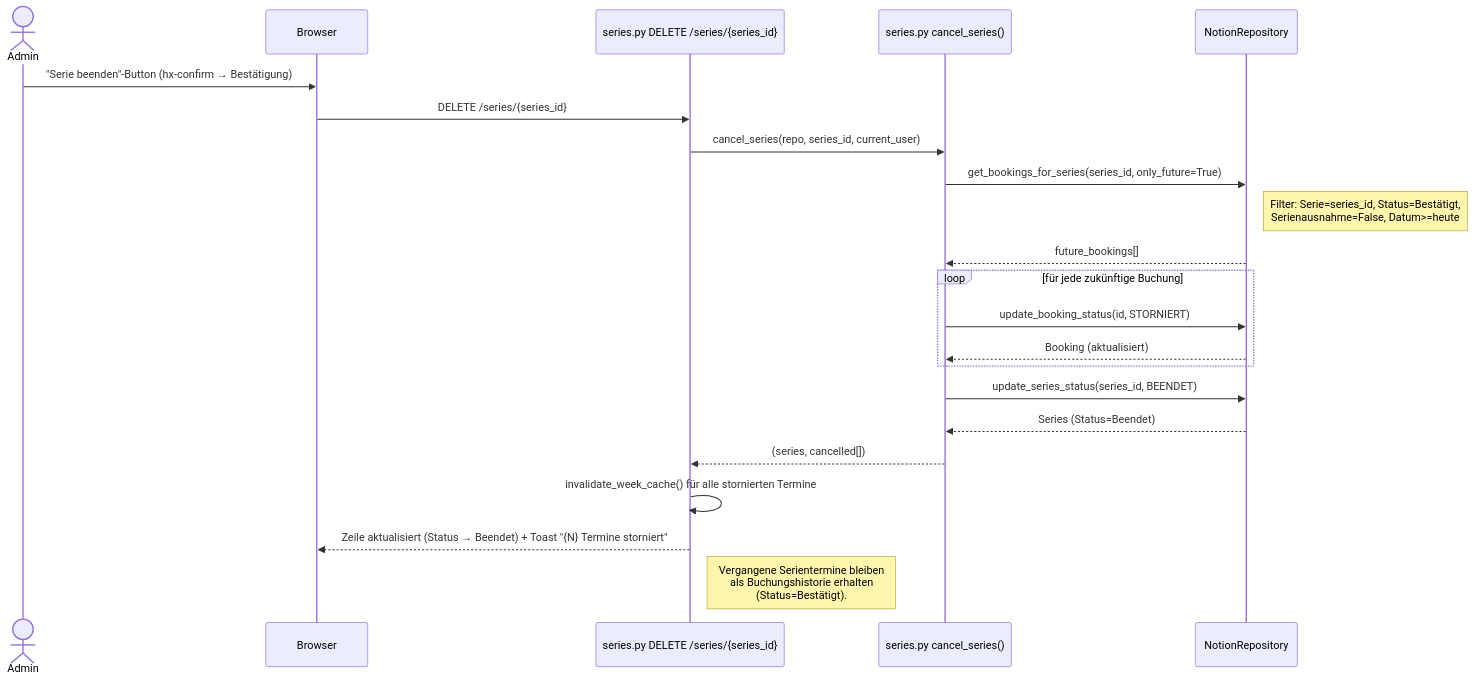
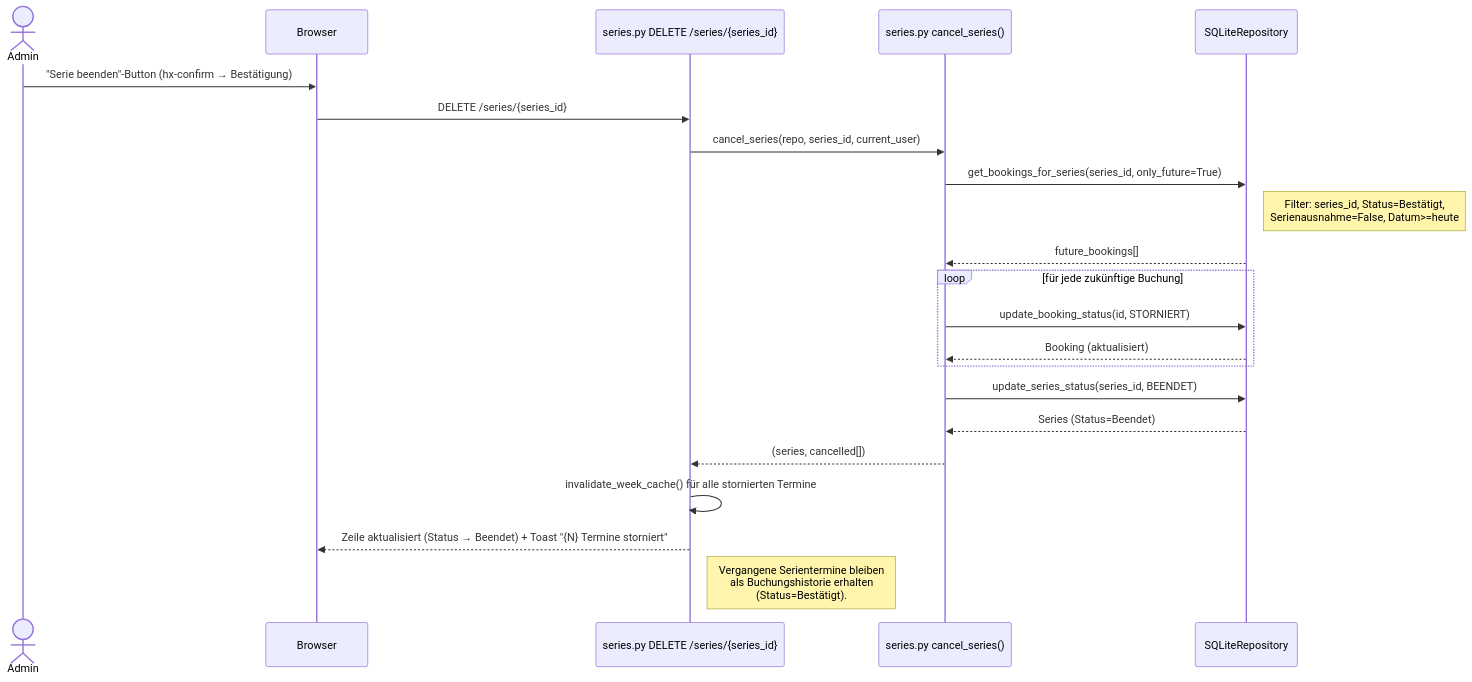
The ninth of 12 diagrams in docs/ARCHITEKTUR.md (MerowingerX/Sportplatz-Buchung), drawn with Mermaid before and after one commit. The commit also changed other lines of this file and 12 other files, not shown here.

````diff
--- a/docs/ARCHITEKTUR.md
+++ b/docs/ARCHITEKTUR.md
@@ -547,29 +542,29 @@
 ```mermaid
 sequenceDiagram
     actor Admin
     participant B as Browser
     participant SR as series.py DELETE /series/{series_id}
     participant LOGIC as series.py cancel_series()
-    participant NR as NotionRepository
+    participant REPO as SQLiteRepository
 
     Admin->>B: "Serie beenden"-Button (hx-confirm → Bestätigung)
     B->>SR: DELETE /series/{series_id}
     SR->>LOGIC: cancel_series(repo, series_id, current_user)
-    LOGIC->>NR: get_bookings_for_series(series_id, only_future=True)
-    Note right of NR: Filter: Serie=series_id, Status=Bestätigt,<br/>Serienausnahme=False, Datum>=heute
+    LOGIC->>REPO: get_bookings_for_series(series_id, only_future=True)
+    Note right of REPO: Filter: series_id, Status=Bestätigt,<br/>Serienausnahme=False, Datum>=heute
 
-    NR-->>LOGIC: future_bookings[]
+    REPO-->>LOGIC: future_bookings[]
 
     loop für jede zukünftige Buchung
-        LOGIC->>NR: update_booking_status(id, STORNIERT)
-        NR-->>LOGIC: Booking (aktualisiert)
+        LOGIC->>REPO: update_booking_status(id, STORNIERT)
+        REPO-->>LOGIC: Booking (aktualisiert)
     end
 
-    LOGIC->>NR: update_series_status(series_id, BEENDET)
-    NR-->>LOGIC: Series (Status=Beendet)
+    LOGIC->>REPO: update_series_status(series_id, BEENDET)
+    REPO-->>LOGIC: Series (Status=Beendet)
     LOGIC-->>SR: (series, cancelled[])
     SR->>SR: invalidate_week_cache() für alle stornierten Termine
     SR-->>B: Zeile aktualisiert (Status → Beendet) + Toast "{N} Termine storniert"
 
     Note right of SR: Vergangene Serientermine bleiben<br/>als Buchungshistorie erhalten<br/>(Status=Bestätigt).
 ```
````
